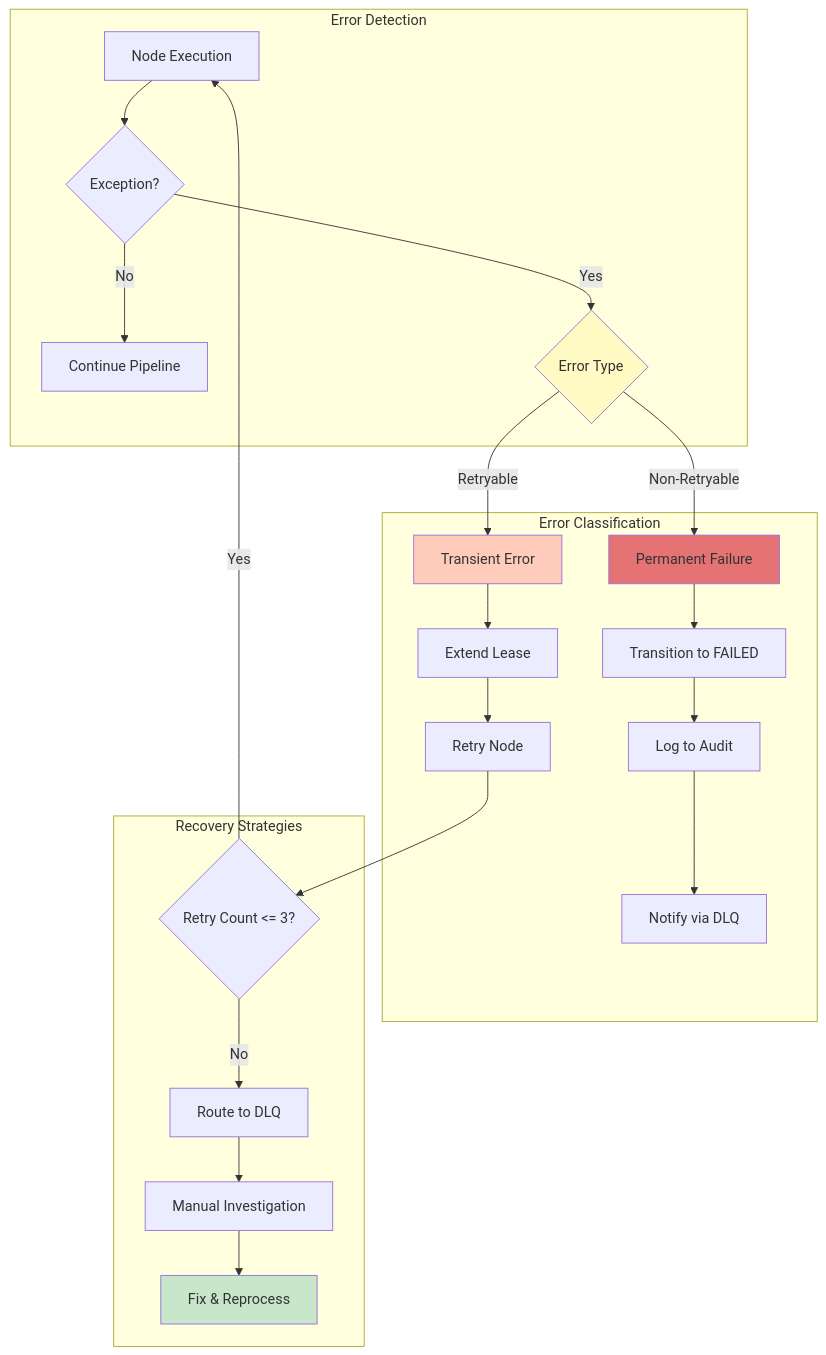
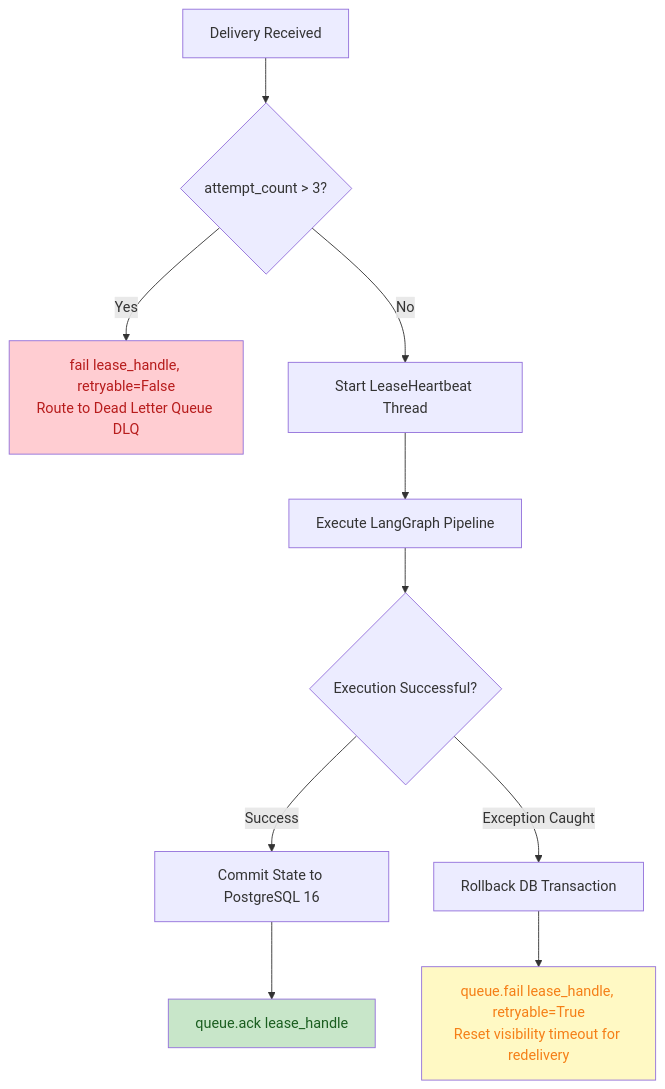
Before and after one commit to maczeo11/loan-doc-processing-agent: the fifth of 8 diagrams in docs/langgraph_workflow.md, drawn with Mermaid. The commit also changed other lines of this file, not shown here.

Commit message:
docs: update LangGraph workflow documentation with authoritative Mermaid diagrams

````diff
--- a/docs/langgraph_workflow.md
+++ b/docs/langgraph_workflow.md
@@ -307,34 +280,19 @@
 ```mermaid
-graph TB
-    subgraph "Error Detection"
-        A[Node Execution] --> B{Exception?}
-        B -->|No| C[Continue Pipeline]
-        B -->|Yes| D{Error Type}
-    end
+flowchart TD
+    Start[Delivery Received] --> CheckAttempts{attempt_count > 3?}
+    CheckAttempts -->|Yes| DLQ[fail lease_handle, retryable=False<br/>Route to Dead Letter Queue DLQ]
+    CheckAttempts -->|No| Lease[Start LeaseHeartbeat Thread]
     
-    subgraph "Error Classification"
-        D -->|Retryable| E[Transient Error]
-        D -->|Non-Retryable| F[Permanent Failure]
-        
-        E --> G[Extend Lease]
-        G --> H[Retry Node]
-        
-        F --> I[Transition to FAILED]
-        I --> J[Log to Audit]
-        J --> K[Notify via DLQ]
-    end
+    Lease --> RunGraph[Execute LangGraph Pipeline]
+    RunGraph --> CheckResult{Execution Successful?}
     
-    subgraph "Recovery Strategies"
-        H --> L{"Retry Count <= 3?"}
-        L -->|Yes| A
-        L -->|No| M[Route to DLQ]
-        
-        M --> N[Manual Investigation]
-        N --> O[Fix & Reprocess]
-    end
+    CheckResult -->|Success| CommitDB[Commit State to PostgreSQL 16]
+    CommitDB --> AckQueue[queue.ack lease_handle]
     
-    style D fill:#FFF9C4
-    style E fill:#FFCCBC
-    style F fill:#E57373
-    style O fill:#C8E6C9
+    CheckResult -->|Exception Caught| Rollback[Rollback DB Transaction]
+    Rollback --> FailRetry[queue.fail lease_handle, retryable=True<br/>Reset visibility timeout for redelivery]
+    
+    style DLQ fill:#FFCDD2,color:#B71C1C
+    style AckQueue fill:#C8E6C9,color:#1B5E20
+    style FailRetry fill:#FFF9C4,color:#F57F17
 ```
````
